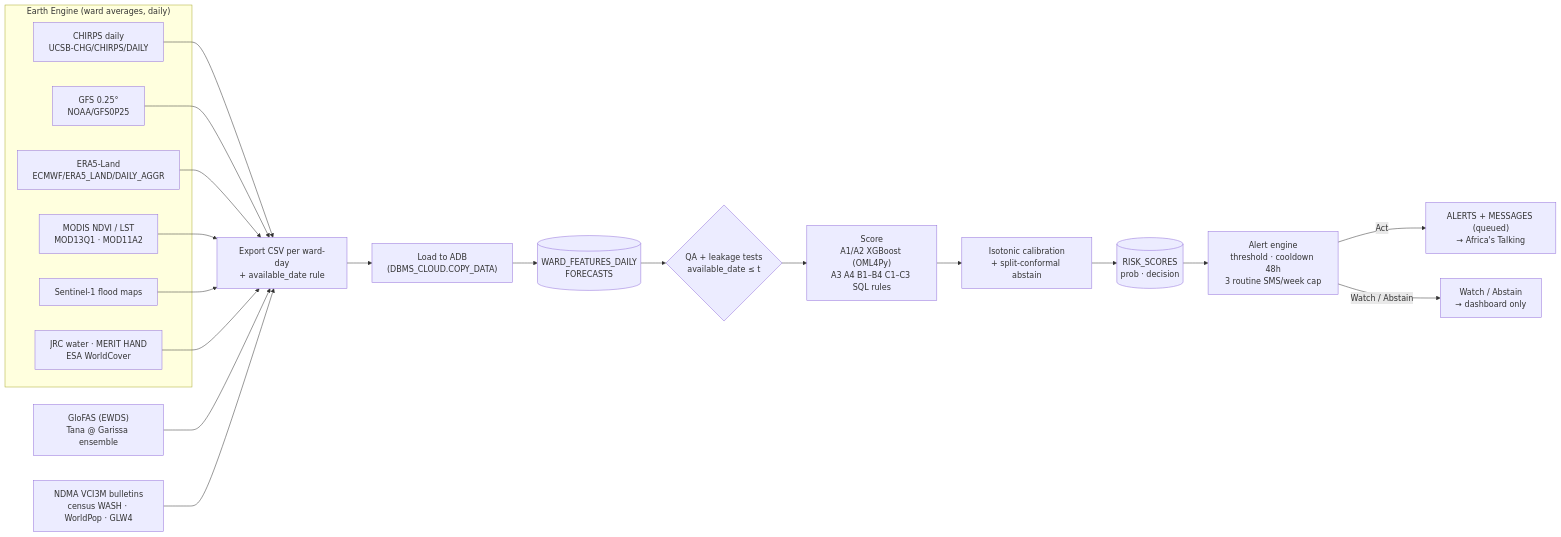
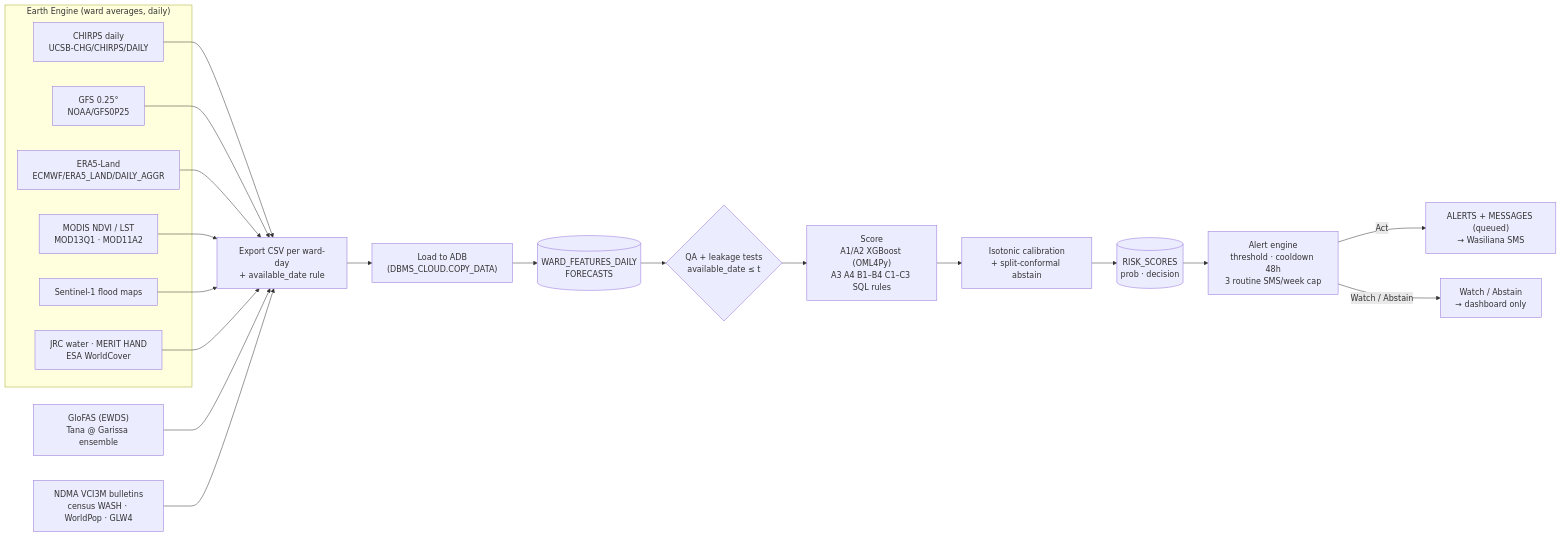
Before and after one commit to ChristopherKiokoStrathmore/DrainSense-Global: the third of 8 diagrams in docs/ARCHITECTURE.md, drawn with Mermaid. The commit also changed other lines of this file and 14 other files, not shown here.

````diff
--- a/docs/ARCHITECTURE.md
+++ b/docs/ARCHITECTURE.md
@@ -118,31 +126,31 @@
 ```mermaid
 flowchart LR
   subgraph GEE["Earth Engine (ward averages, daily)"]
     C["CHIRPS daily<br/>UCSB-CHG/CHIRPS/DAILY"]
     G["GFS 0.25°<br/>NOAA/GFS0P25"]
     E["ERA5-Land<br/>ECMWF/ERA5_LAND/DAILY_AGGR"]
     M["MODIS NDVI / LST<br/>MOD13Q1 · MOD11A2"]
     S["Sentinel-1 flood maps"]
     J["JRC water · MERIT HAND<br/>ESA WorldCover"]
   end
   GL["GloFAS (EWDS)<br/>Tana @ Garissa ensemble"]
   ND["NDMA VCI3M bulletins<br/>census WASH · WorldPop · GLW4"]
 
   EXP["Export CSV per ward-day<br/>+ available_date rule"]
   LOAD["Load to ADB<br/>(DBMS_CLOUD.COPY_DATA)"]
   F[("WARD_FEATURES_DAILY<br/>FORECASTS")]
   QA{"QA + leakage tests<br/>available_date ≤ t"}
   SC["Score<br/>A1/A2 XGBoost (OML4Py)<br/>A3 A4 B1–B4 C1–C3 SQL rules"]
   CAL["Isotonic calibration<br/>+ split-conformal abstain"]
   R[("RISK_SCORES<br/>prob · decision")]
   ENG["Alert engine<br/>threshold · cooldown 48h<br/>3 routine SMS/week cap"]
-  OUT["ALERTS + MESSAGES (queued)<br/>→ Africa's Talking"]
+  OUT["ALERTS + MESSAGES (queued)<br/>→ Wasiliana SMS"]
   W["Watch / Abstain<br/>→ dashboard only"]
 
   C & G & E & M & S & J --> EXP
   GL --> EXP
   ND --> EXP
   EXP --> LOAD --> F --> QA --> SC --> CAL --> R --> ENG
   ENG -- "Act" --> OUT
   ENG -- "Watch / Abstain" --> W
 ```
````
